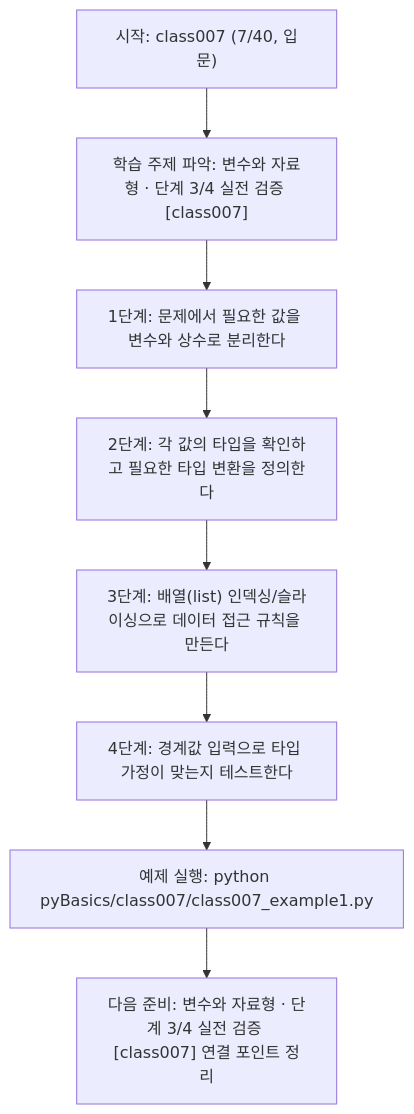
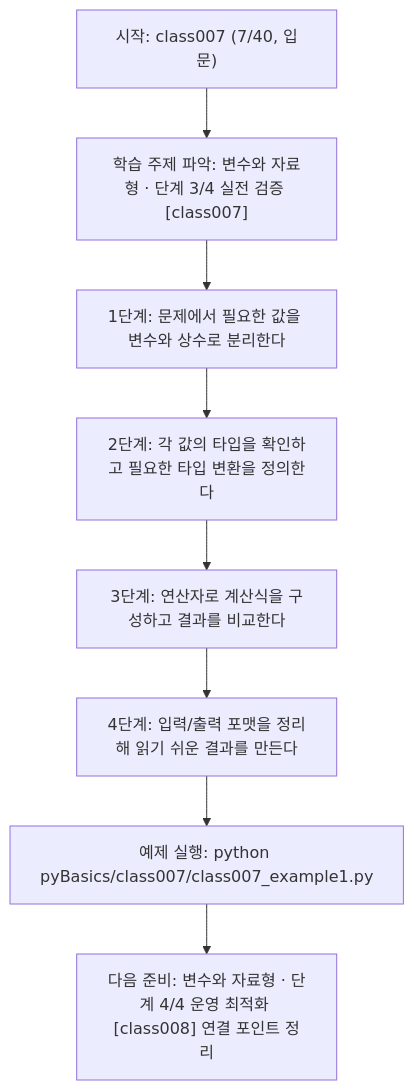
The diagram in pyBasics/class007/class007.md (edumgt/Python-AI_Agent-Class), drawn with Mermaid before and after one commit. The commit also changed other lines of this file and 2370 other files, not shown here.

````diff
--- a/pyBasics/class007/class007.md
+++ b/pyBasics/class007/class007.md
@@ -109,18 +91,18 @@
 ```mermaid
 flowchart TD
 N1["시작: class007 (7/40, 입문)"]
 N2["학습 주제 파악: 변수와 자료형 · 단계 3/4 실전 검증 [class007]"]
 N3["1단계: 문제에서 필요한 값을 변수와 상수로 분리한다"]
 N4["2단계: 각 값의 타입을 확인하고 필요한 타입 변환을 정의한다"]
-N5["3단계: 배열(list) 인덱싱/슬라이싱으로 데이터 접근 규칙을 만든다"]
-N6["4단계: 경계값 입력으로 타입 가정이 맞는지 테스트한다"]
+N5["3단계: 연산자로 계산식을 구성하고 결과를 비교한다"]
+N6["4단계: 입력/출력 포맷을 정리해 읽기 쉬운 결과를 만든다"]
 N7["예제 실행: python pyBasics/class007/class007_example1.py"]
-N8["다음 준비: 변수와 자료형 · 단계 3/4 실전 검증 [class007] 연결 포인트 정리"]
+N8["다음 준비: 변수와 자료형 · 단계 4/4 운영 최적화 [class008] 연결 포인트 정리"]
 N1 --> N2
 N2 --> N3
 N3 --> N4
 N4 --> N5
 N5 --> N6
 N6 --> N7
 N7 --> N8
 ```
````
